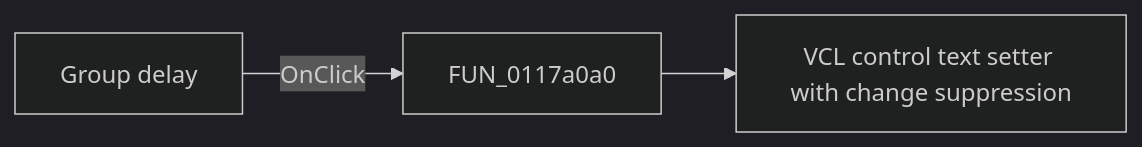
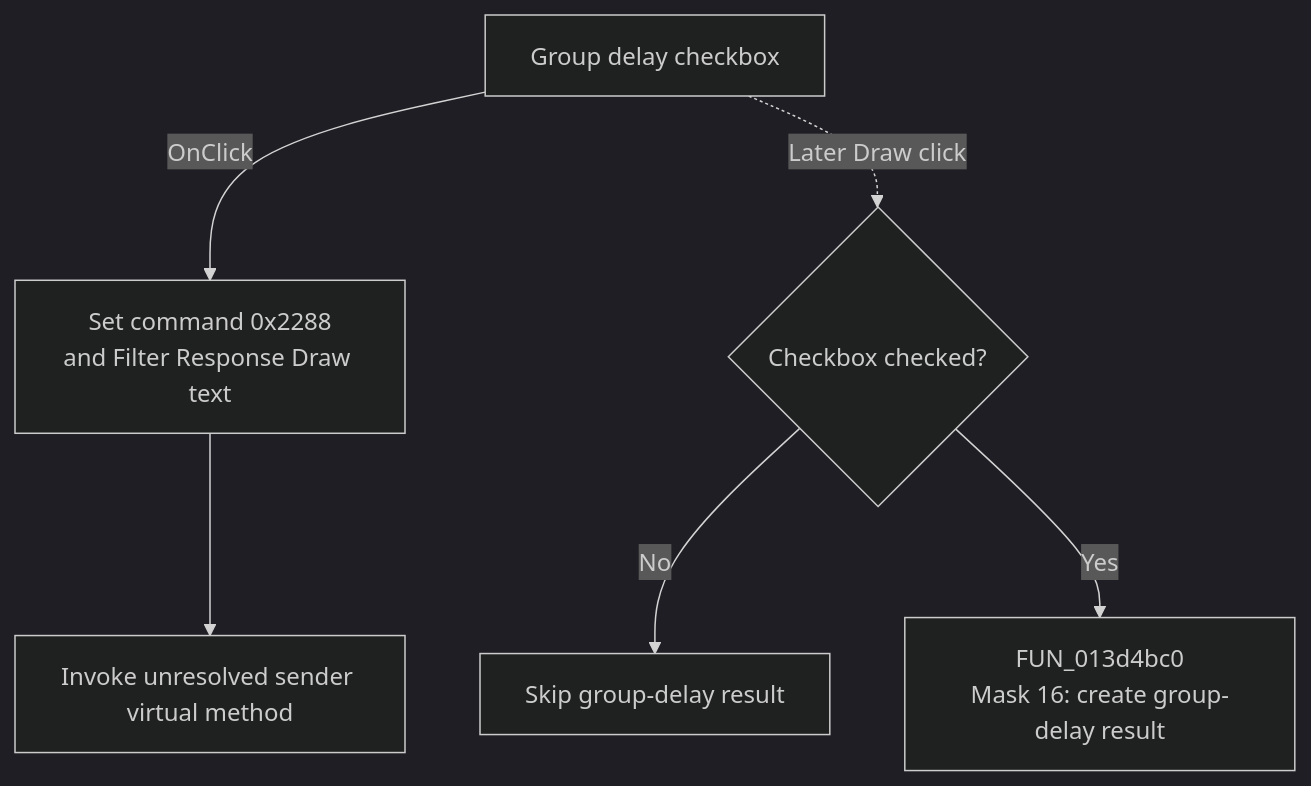
The diagram in docs/ui-controls/response-form1/groupcheckbox1-b33c11583c.md (MovGP0/TIARA), drawn with Mermaid (dark theme) before and after one commit. The commit also changed other lines of this file and 1062 other files, not shown here.

````diff
--- a/docs/ui-controls/response-form1/groupcheckbox1-b33c11583c.md
+++ b/docs/ui-controls/response-form1/groupcheckbox1-b33c11583c.md
@@ -27,5 +29,8 @@
 ```mermaid
-flowchart LR
-    control["Group delay"] -->|OnClick| handler["FUN_0117a0a0"]
-    handler --> call1["VCL control text setter with change suppression"]
+flowchart TD
+    control["Group delay checkbox"] -->|OnClick| context["Set command 0x2288<br/>and Filter Response Draw text"]
+    context --> virtual["Invoke unresolved sender virtual method"]
+    control -. "Later Draw click" .-> checked{"Checkbox checked?"}
+    checked -->|No| skip["Skip group-delay result"]
+    checked -->|Yes| output["FUN_013d4bc0<br/>Mask 16: create group-delay result"]
 ```
````
